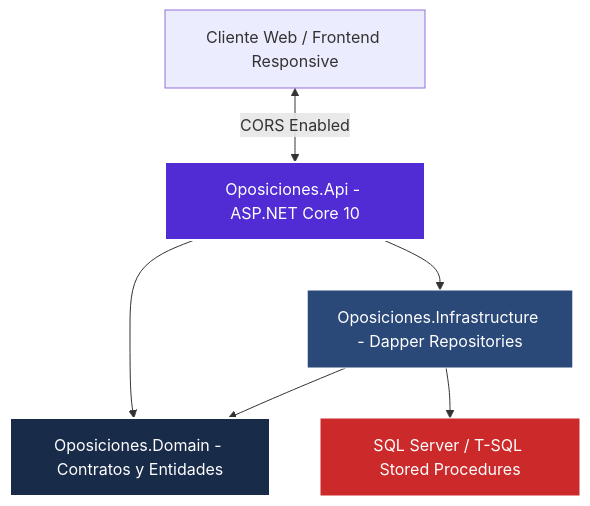
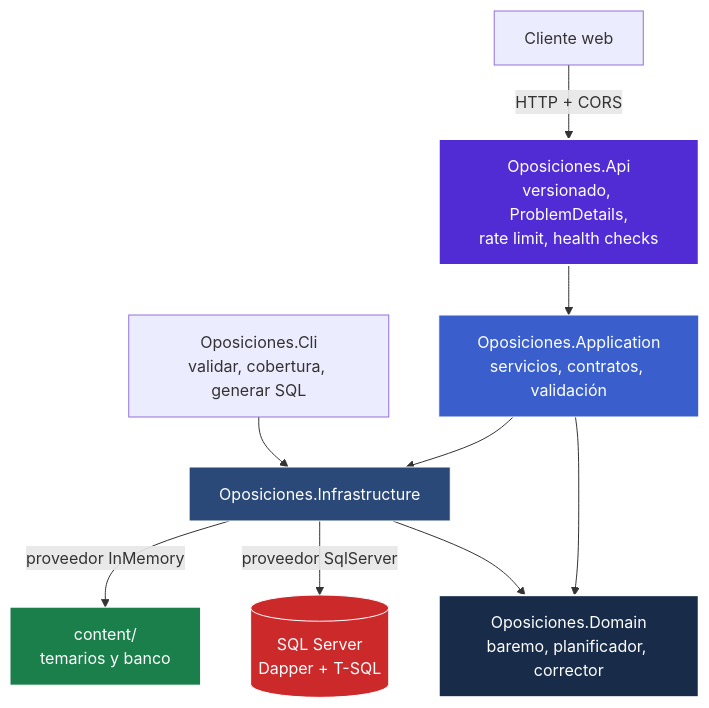
The diagram in README.md (Nain9Dev/SistemaOposicionesTAI), drawn with Mermaid before and after one commit. The commit also changed other lines of this file and 4 other files, not shown here.

````diff
--- a/README.md
+++ b/README.md
@@ -31,13 +120,18 @@
 ```mermaid
 graph TD
-    CLIENT[Cliente Web / Frontend Responsive] <-->|CORS Enabled| API[Oposiciones.Api - ASP.NET Core 10]
-    API --> DOM[Oposiciones.Domain - Contratos y Entidades]
-    API --> INFRA[Oposiciones.Infrastructure - Dapper Repositories]
+    CLIENT[Cliente web] -->|HTTP + CORS| API[Oposiciones.Api<br/>versionado, ProblemDetails,<br/>rate limit, health checks]
+    CLI[Oposiciones.Cli<br/>validar, cobertura, generar SQL] --> INFRA
+    API --> APP[Oposiciones.Application<br/>servicios, contratos, validación]
+    APP --> DOM[Oposiciones.Domain<br/>baremo, planificador, corrector]
+    APP --> INFRA[Oposiciones.Infrastructure]
     INFRA --> DOM
-    INFRA --> SQL[SQL Server / T-SQL Stored Procedures]
+    INFRA -->|proveedor SqlServer| SQL[(SQL Server<br/>Dapper + T-SQL)]
+    INFRA -->|proveedor InMemory| JSON[content/<br/>temarios y banco]
 
     style API fill:#512BD4,stroke:#fff,stroke-width:2px,color:#fff
+    style APP fill:#3A5FCD,stroke:#fff,color:#fff
     style DOM fill:#182B49,stroke:#fff,stroke-width:2px,color:#fff
     style INFRA fill:#2A4878,stroke:#fff,color:#fff
     style SQL fill:#CC292B,stroke:#fff,color:#fff
+    style JSON fill:#1B7F4B,stroke:#fff,color:#fff
 ```
````
